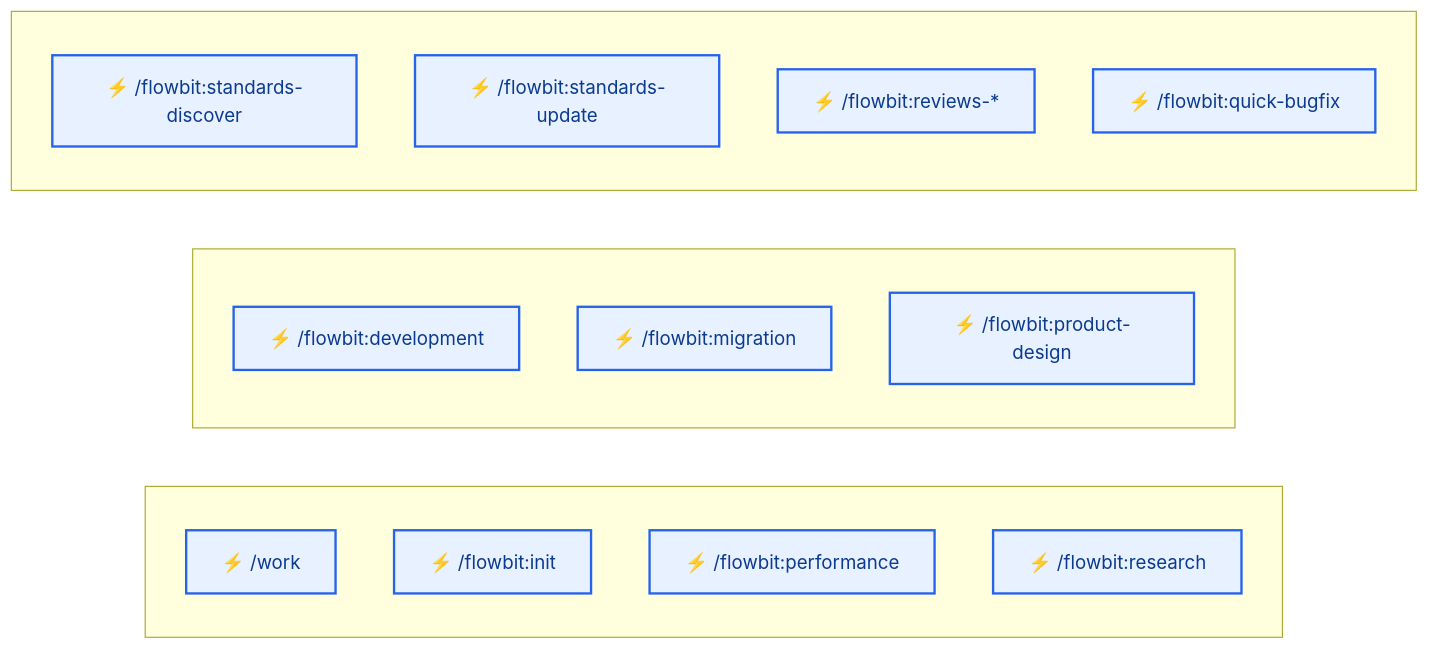
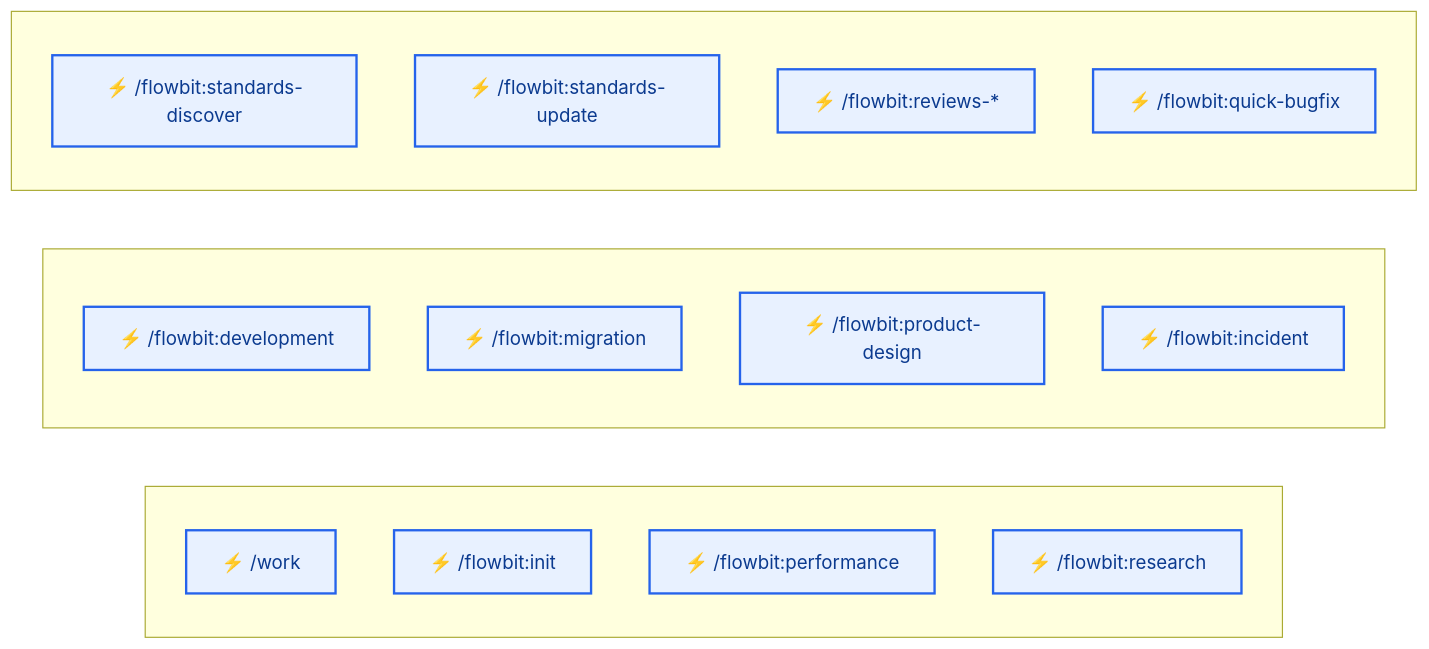
One commit to plucins/flowbit changed the first of 8 diagrams in docs/flow/overview.md. Above: the diagram before and after it, drawn with Mermaid. The commit also changed other lines of this file and 15 other files, not shown here.

````diff
--- a/docs/flow/overview.md
+++ b/docs/flow/overview.md
@@ -24,28 +26,29 @@
 ```mermaid
 graph LR
   subgraph C1[" "]
     direction TB
     WORK["⚡ /work"]
     INIT["⚡ /flowbit:init"]
     PERF["⚡ /flowbit:performance"]
     RES["⚡ /flowbit:research"]
   end
 
   subgraph C2[" "]
     direction TB
     DEV["⚡ /flowbit:development"]
     MIG["⚡ /flowbit:migration"]
     PD["⚡ /flowbit:product-design"]
+    INC["⚡ /flowbit:incident"]
   end
 
   subgraph C3[" "]
     direction TB
     STD_DISC["⚡ /flowbit:standards-discover"]
     STD_UPD["⚡ /flowbit:standards-update"]
     REV["⚡ /flowbit:reviews-*"]
     QBUG["⚡ /flowbit:quick-bugfix"]
   end
 
   classDef cmd fill:#E8F1FF,stroke:#2563EB,stroke-width:2px,color:#0B3A8F;
-  class WORK,INIT,DEV,PERF,MIG,RES,PD,STD_DISC,STD_UPD,REV,QBUG cmd;
+  class WORK,INIT,DEV,PERF,MIG,RES,PD,INC,STD_DISC,STD_UPD,REV,QBUG cmd;
 ```
````
